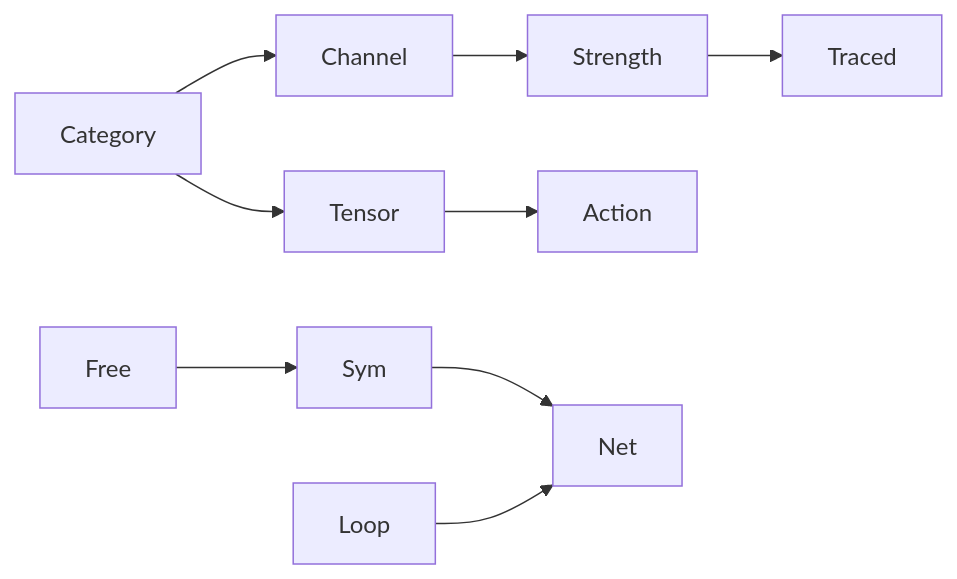
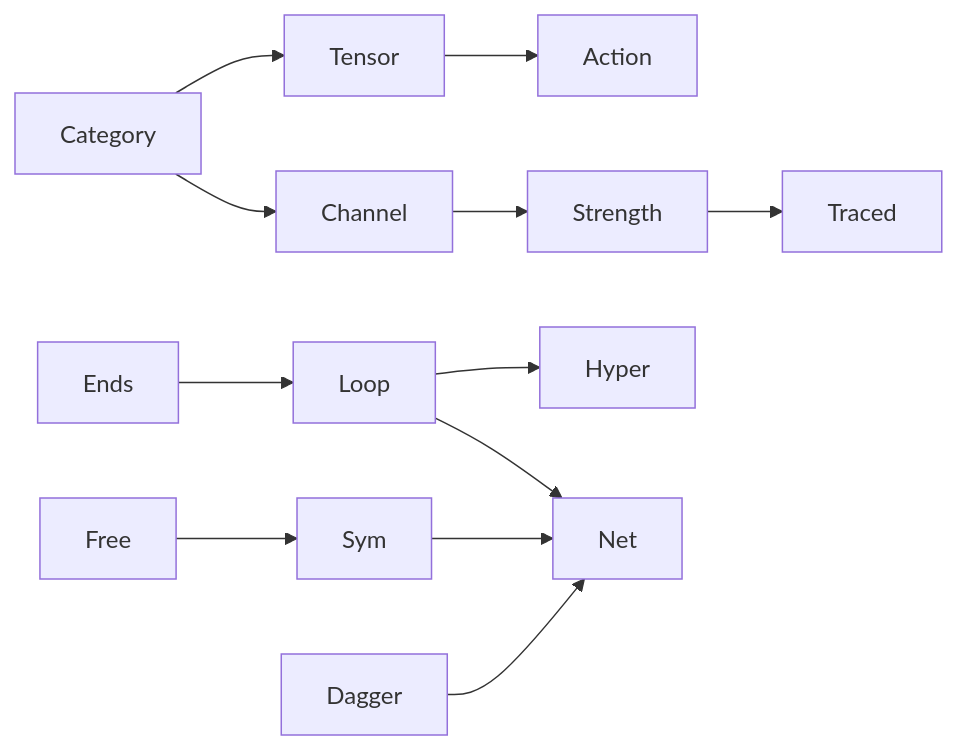
The second of 3 diagrams in other/circuits-dag.md (tonyday567/circuits), drawn with Mermaid before and after one commit. The commit also changed other lines of this file, not shown here.

Commit message:
Update circuits-dag.md to match merged Ends/Box/Queue view

````diff
--- a/other/circuits-dag.md
+++ b/other/circuits-dag.md
@@ -57,19 +58,26 @@
 ```mermaid
 graph LR
   Category["Category"]
   Channel["Channel"]
   Strength["Strength"]
   Traced["Traced"]
   Tensor["Tensor"]
   Action["Action"]
 
   Free["Free"]
   Sym["Sym"]
   Net["Net"]
   Loop["Loop"]
 
+  Hyper["Hyper"]
+  Dagger["Dagger"]
+  Ends["Ends"]
+
   Category --> Channel --> Strength --> Traced
   Category --> Tensor --> Action
   Free --> Sym --> Net
   Loop --> Net
+  Loop --> Hyper
+  Dagger --> Net
+  Ends --> Loop
 ```
````
